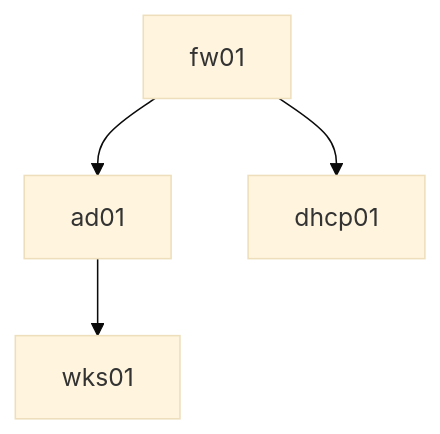
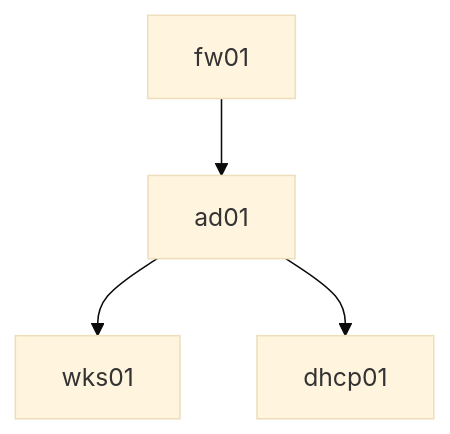
Before and after one commit to SomethingGeneric/website: the diagram in techjournals/sys-255/topology.md, drawn with Mermaid (base theme). The commit also changed 10 other files, not shown here.

````diff
--- a/techjournals/sys-255/topology.md
+++ b/techjournals/sys-255/topology.md
@@ -10,6 +10,6 @@
 ```mermaid
 graph TD;
     fw01-->ad01;
-    fw01-->dhcp01;
     ad01-->wks01;
+    ad01-->dhcp01;
 ```
````
